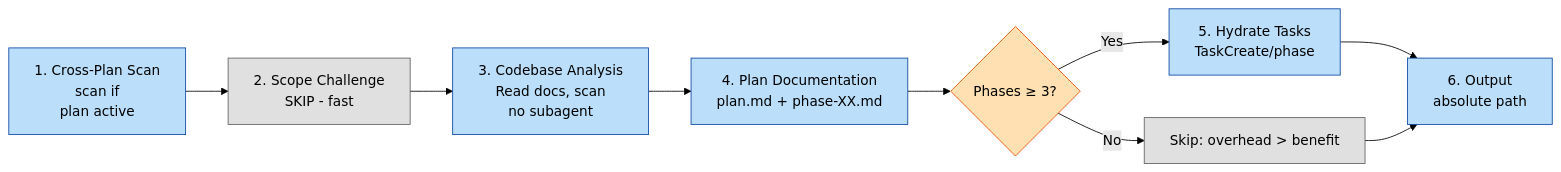
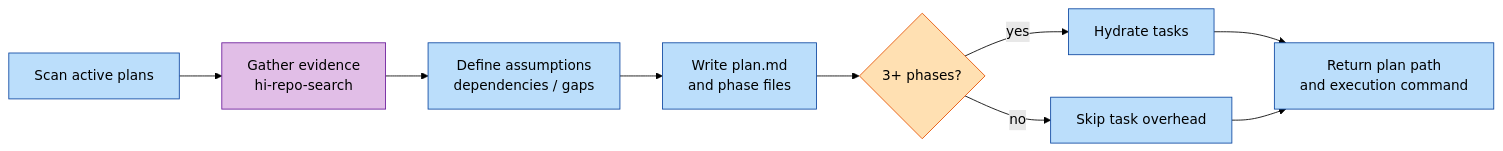
One commit to baka3k/dev-kit changed the third of 4 diagrams in README.md. Above: the diagram before and after it, drawn with Mermaid (forest theme). The commit also changed other lines of this file, not shown here.

````diff
--- a/README.md
+++ b/README.md
@@ -409,19 +361,18 @@
 ```mermaid
 graph LR
-    A[1. Cross-Plan Scan<br/>scan if<br/>plan active] --> B[2. Scope Challenge<br/>SKIP - fast]
-    B --> C[3. Codebase Analysis<br/>Read docs, scan<br/>no subagent]
-    C --> D[4. Plan Documentation<br/>plan.md + phase-XX.md]
-    D --> E{Phases ≥ 3?}
-    E -->|Yes| F[5. Hydrate Tasks<br/>TaskCreate/phase]
-    E -->|No| G[Skip: overhead > benefit]
-    F --> H[6. Output<br/>absolute path]
+    A["Scan active plans"] --> B["Gather evidence<br/>hi-repo-search"]
+    B --> C["Define assumptions<br/>dependencies / gaps"]
+    C --> D["Write plan.md<br/>and phase files"]
+    D --> E{"3+ phases?"}
+    E -->|yes| F["Hydrate tasks"]
+    E -->|no| G["Skip task overhead"]
+    F --> H["Return plan path<br/>and execution command"]
     G --> H
 
     classDef step fill:#bbdefb,stroke:#0d47a1,color:#000
-    classDef skip fill:#e0e0e0,stroke:#616161,color:#000
+    classDef evidence fill:#e1bee7,stroke:#6a1b9a,color:#000
     classDef gate fill:#ffe0b2,stroke:#e65100,color:#000
-    class A,C,D,F,H step
-    class B,G skip
+    class A,C,D,F,G,H step
+    class B evidence
     class E gate
-
 ```
````
